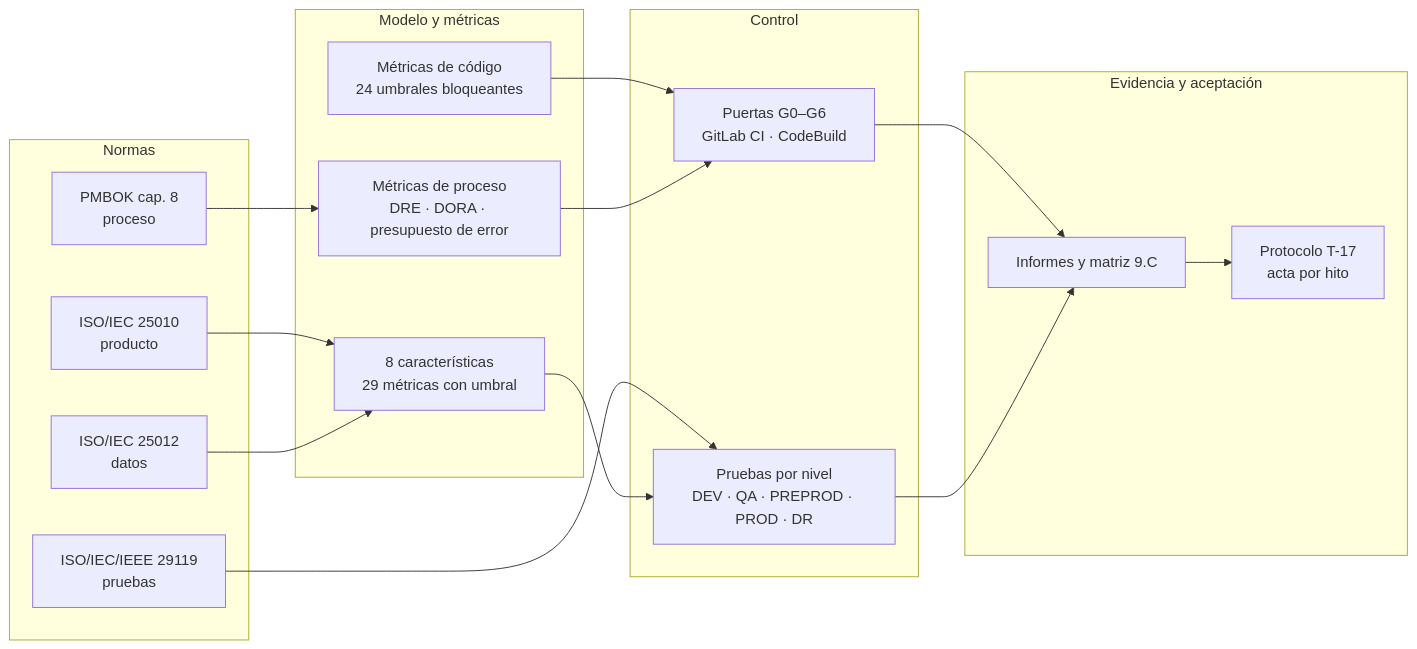
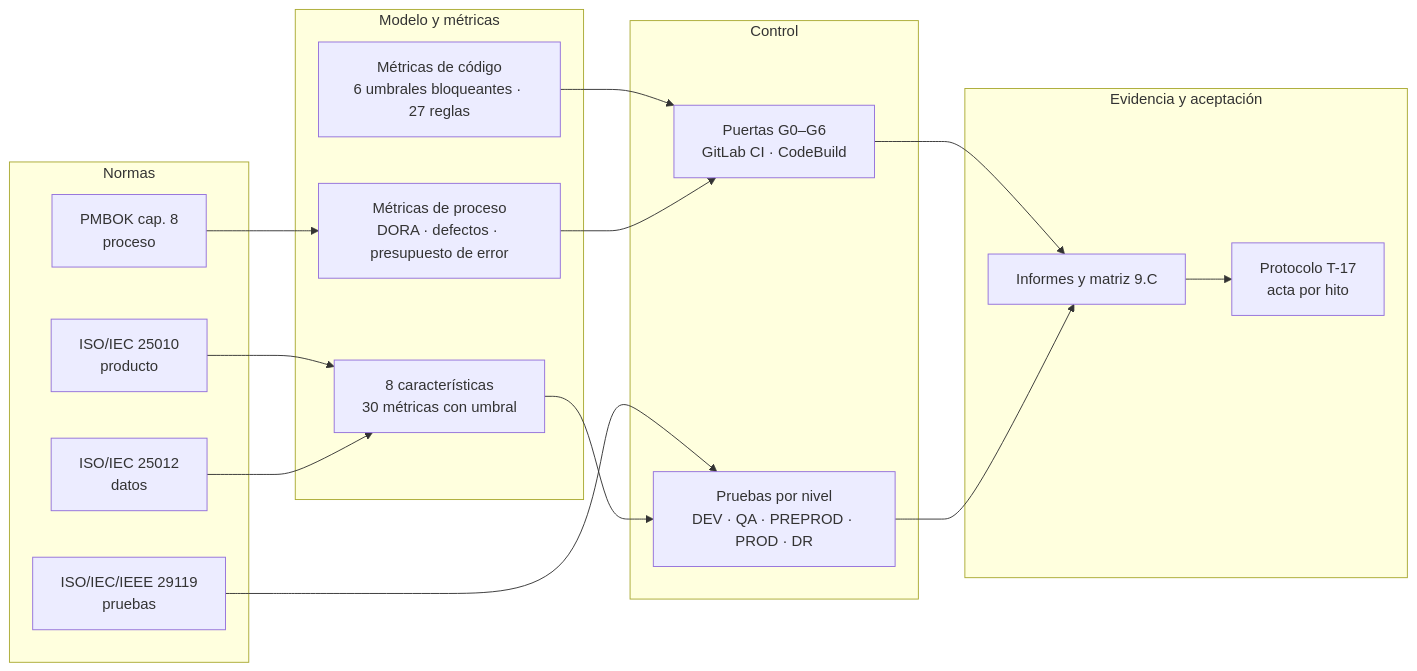
One commit to PatricioH315/LafroX changed the first of 10 diagrams in 09_plan_calidad/LAFROX-Subdocumento9.md. Above: the diagram before and after it, drawn with Mermaid. The commit also changed other lines of this file and 18 other files, not shown here.

````diff
--- a/09_plan_calidad/LAFROX-Subdocumento9.md
+++ b/09_plan_calidad/LAFROX-Subdocumento9.md
@@ -50,32 +52,32 @@
 ```mermaid
 flowchart LR
     subgraph N["Normas"]
         N1["ISO/IEC 25010<br/>producto"]
         N2["ISO/IEC 25012<br/>datos"]
         N3["ISO/IEC/IEEE 29119<br/>pruebas"]
         N4["PMBOK cap. 8<br/>proceso"]
     end
     subgraph M["Modelo y métricas"]
-        M1["8 características<br/>29 métricas con umbral"]
-        M2["Métricas de código<br/>24 umbrales bloqueantes"]
-        M3["Métricas de proceso<br/>DRE · DORA · presupuesto de error"]
+        M1["8 características<br/>30 métricas con umbral"]
+        M2["Métricas de código<br/>6 umbrales bloqueantes · 27 reglas"]
+        M3["Métricas de proceso<br/>DORA · defectos · presupuesto de error"]
     end
     subgraph C["Control"]
         C1["Puertas G0–G6<br/>GitLab CI · CodeBuild"]
         C2["Pruebas por nivel<br/>DEV · QA · PREPROD · PROD · DR"]
     end
     subgraph E["Evidencia y aceptación"]
         E1["Informes y matriz 9.C"]
         E2["Protocolo T-17<br/>acta por hito"]
     end
     N1 --> M1
     N2 --> M1
     N3 --> C2
     N4 --> M3
     M1 --> C2
     M2 --> C1
     M3 --> C1
     C1 --> E1
     C2 --> E1
     E1 --> E2
 ```
````
